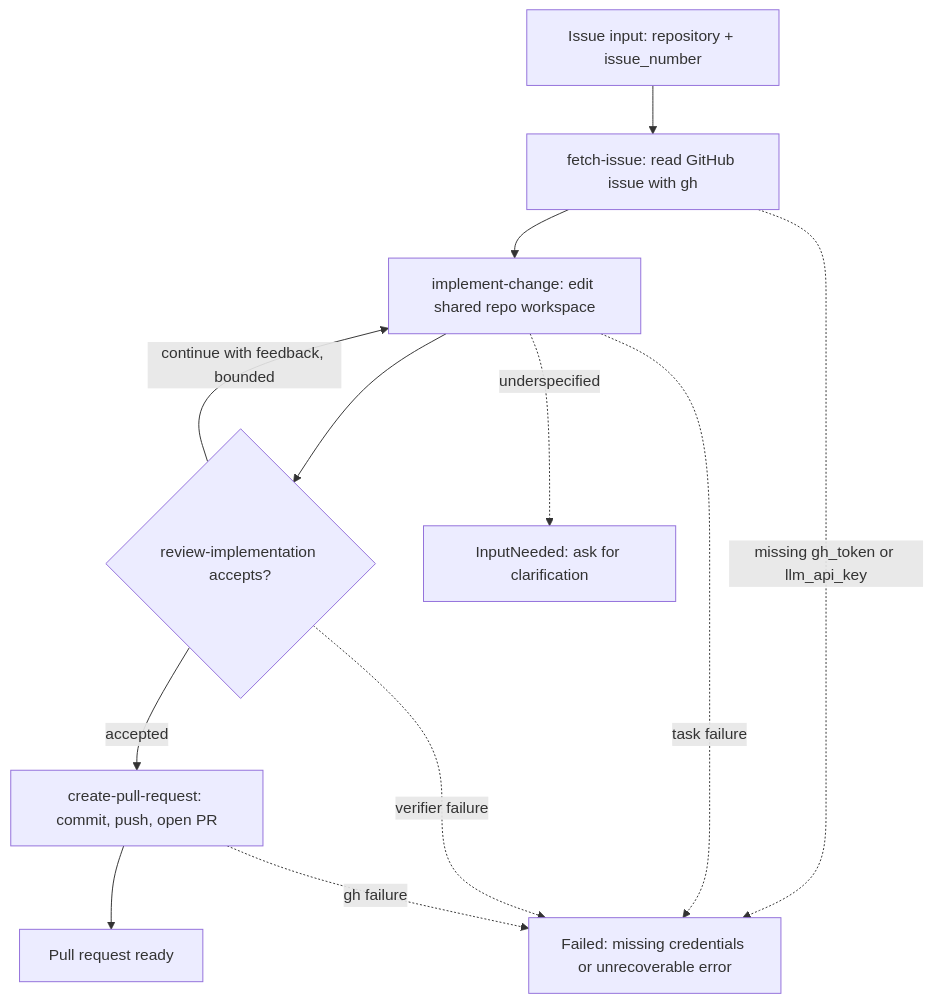
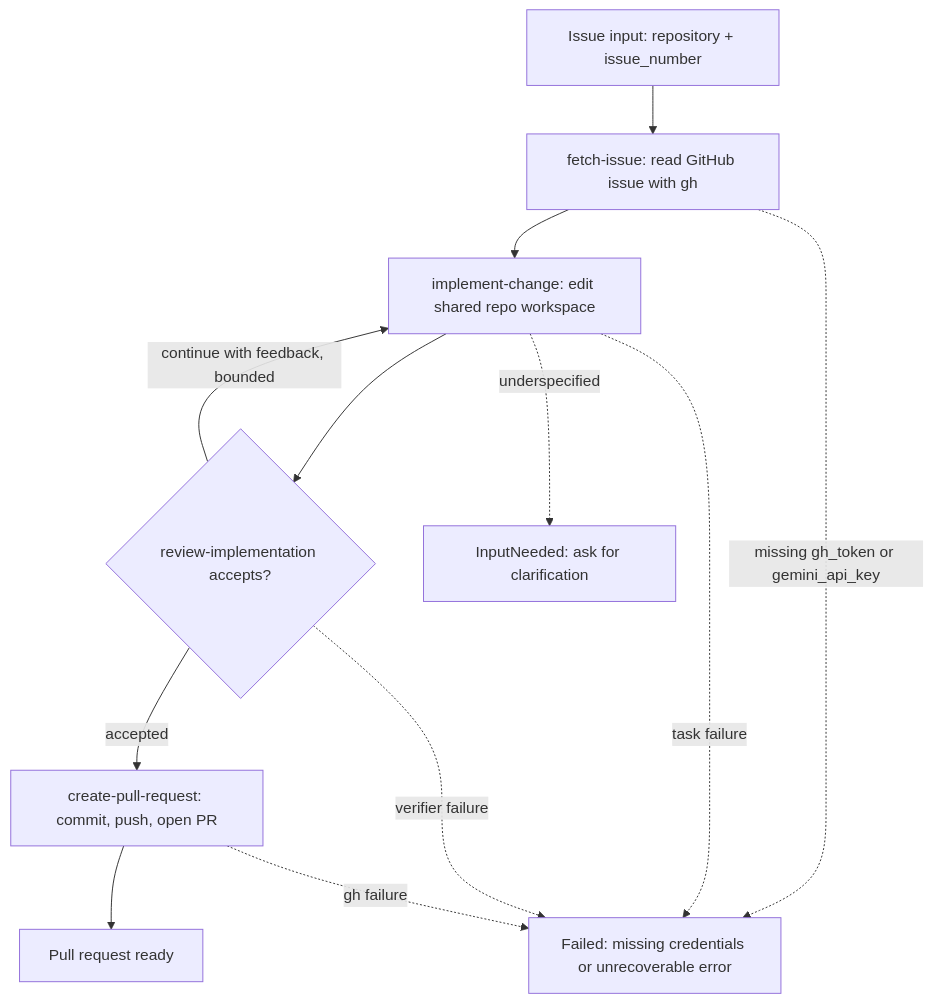
The diagram in website/src/content/docs/docs/examples/github-issue-pr-workflow.md (markosski/relayfold), drawn with Mermaid before and after one commit. The commit also changed other lines of this file and 18 other files, not shown here.

```diff
--- a/website/src/content/docs/docs/examples/github-issue-pr-workflow.md
+++ b/website/src/content/docs/docs/examples/github-issue-pr-workflow.md
@@ -44,22 +44,22 @@
 <pre class="mermaid">
 flowchart TD
     Input["Issue input: repository + issue_number"]
     Fetch["fetch-issue: read GitHub issue with gh"]
     Implement["implement-change: edit shared repo workspace"]
     Review{"review-implementation accepts?"}
     PR["create-pull-request: commit, push, open PR"]
     Done["Pull request ready"]
     Clarify["InputNeeded: ask for clarification"]
     Failed["Failed: missing credentials or unrecoverable error"]
     Input --> Fetch
     Fetch --> Implement
     Implement --> Review
     Review -->|continue with feedback, bounded| Implement
     Review -->|accepted| PR
     PR --> Done
     Implement -. underspecified .-> Clarify
-    Fetch -. missing gh_token or llm_api_key .-> Failed
+    Fetch -. missing gh_token or gemini_api_key .-> Failed
     Implement -. task failure .-> Failed
     Review -. verifier failure .-> Failed
     PR -. gh failure .-> Failed
 </pre>
```
